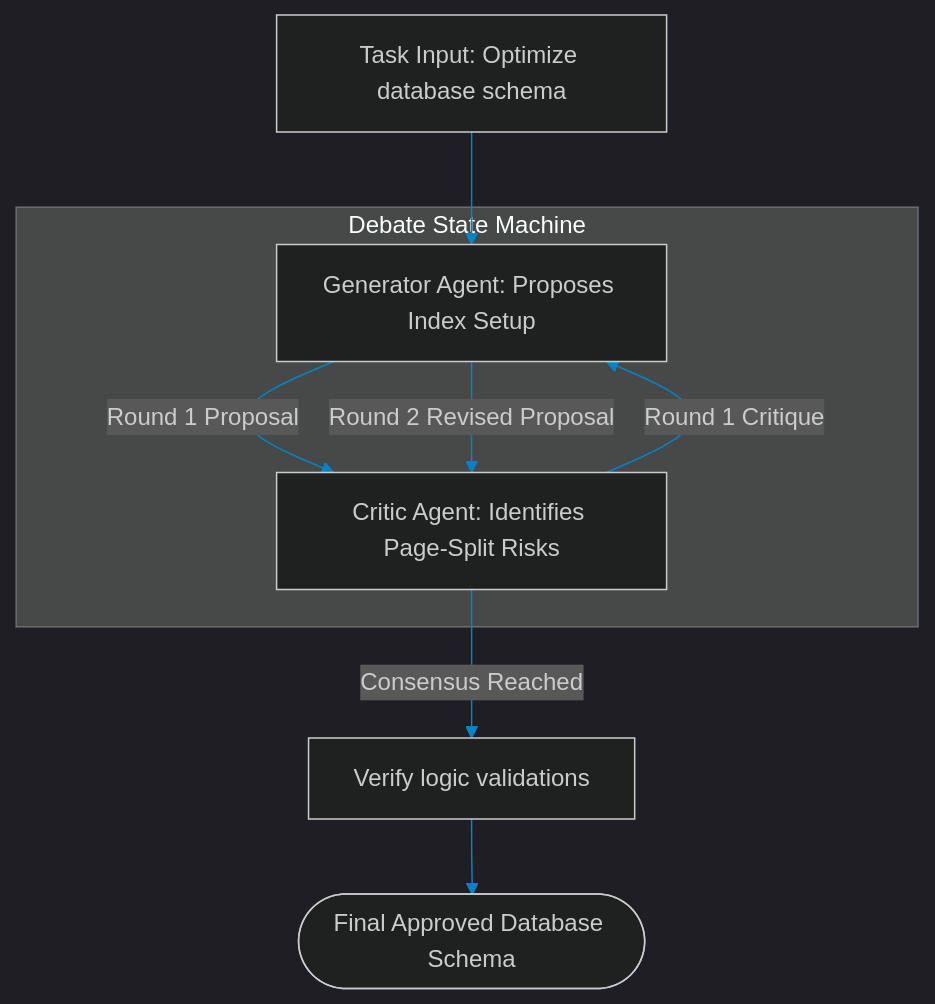
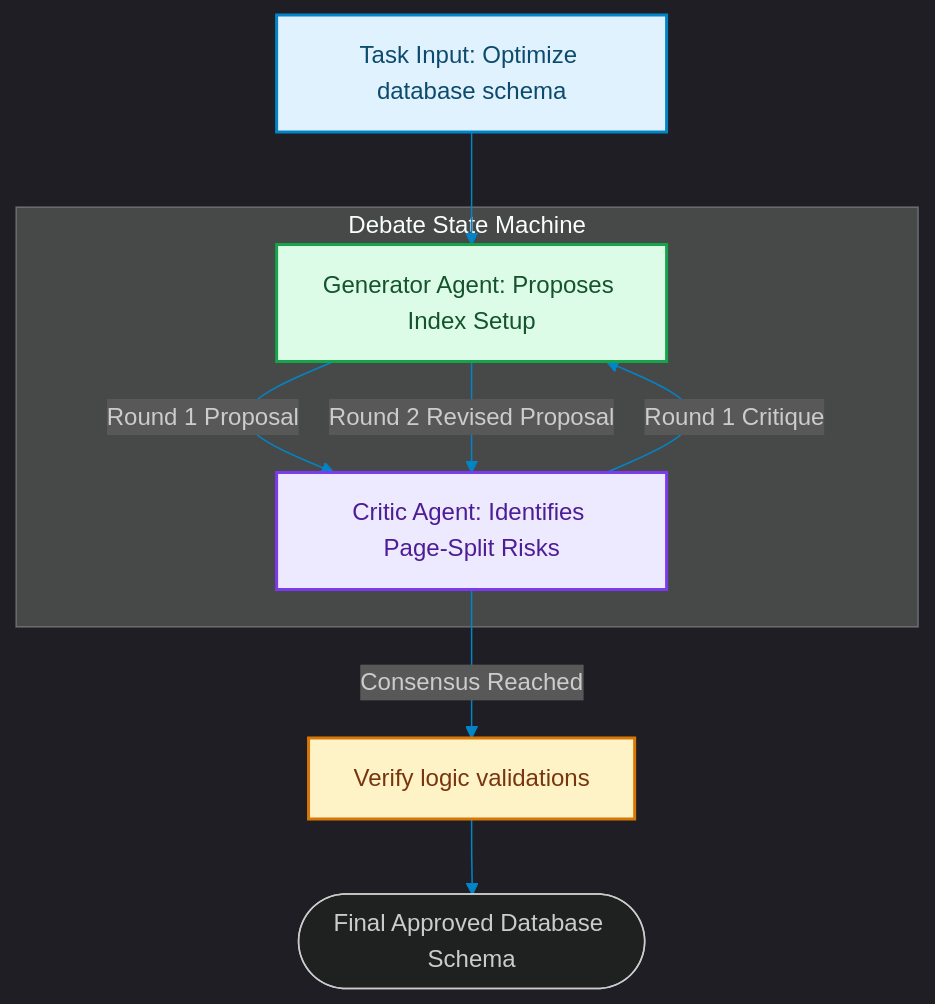
The diagram in blog/posts/consensus-multi-agent-debates-structured-discussion.md (akmalkhaniub/akmalkhaniub.github.io), drawn with Mermaid before and after one commit. The commit also changed other lines of this file and 1291 other files, not shown here.

First line of the commit message:
feat(catalog): unique covers, scholarly references, and diagram palettes

````diff
--- a/blog/posts/consensus-multi-agent-debates-structured-discussion.md
+++ b/blog/posts/consensus-multi-agent-debates-structured-discussion.md
@@ -16,14 +16,24 @@
 ```mermaid
 %%{init: {'theme': 'dark', 'themeVariables': { 'primaryColor': '#0284c7', 'primaryTextColor': '#f3f4f6', 'primaryBorderColor': '#38bdf8', 'lineColor': '#0284c7', 'secondaryColor': '#111827', 'tertiaryColor': '#0b0f19'}}}%%
 flowchart TD
-    Task[Task Input: Optimize database schema] --> Gen[Generator Agent: Proposes Index Setup]
+    Task["Task Input: Optimize database schema"] --> Gen["Generator Agent: Proposes Index Setup"]
     
     subgraph SG1_DebateStateMachine ["Debate State Machine"]
-        Gen -->|Round 1 Proposal| Critic[Critic Agent: Identifies Page-Split Risks]
+        Gen -->|Round 1 Proposal| Critic["Critic Agent: Identifies Page-Split Risks"]
         Critic -->|Round 1 Critique| Gen
         Gen -->|Round 2 Revised Proposal| Critic
     end
     
-    Critic -->|Consensus Reached| Validate[Verify logic validations]
+    Critic -->|Consensus Reached| Validate["Verify logic validations"]
     Validate --> Output([Final Approved Database Schema])
+
+classDef green fill:#dcfce7,stroke:#16a34a,stroke-width:2px,color:#14532d;
+classDef red fill:#fee2e2,stroke:#dc2626,stroke-width:2px,color:#7f1d1d;
+classDef blue fill:#e0f2fe,stroke:#0284c7,stroke-width:2px,color:#0c4a6e;
+classDef yellow fill:#fef3c7,stroke:#d97706,stroke-width:2px,color:#78350f;
+classDef purple fill:#ede9fe,stroke:#7c3aed,stroke-width:2px,color:#4c1d95;
+class Task blue
+class Gen green
+class Critic purple
+class Validate yellow
 ```
````
